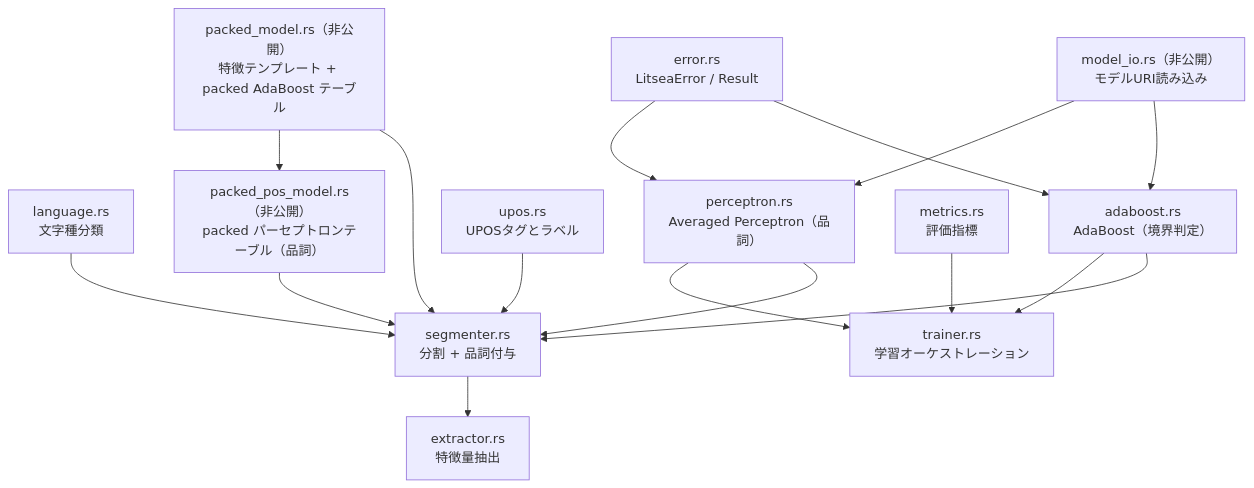
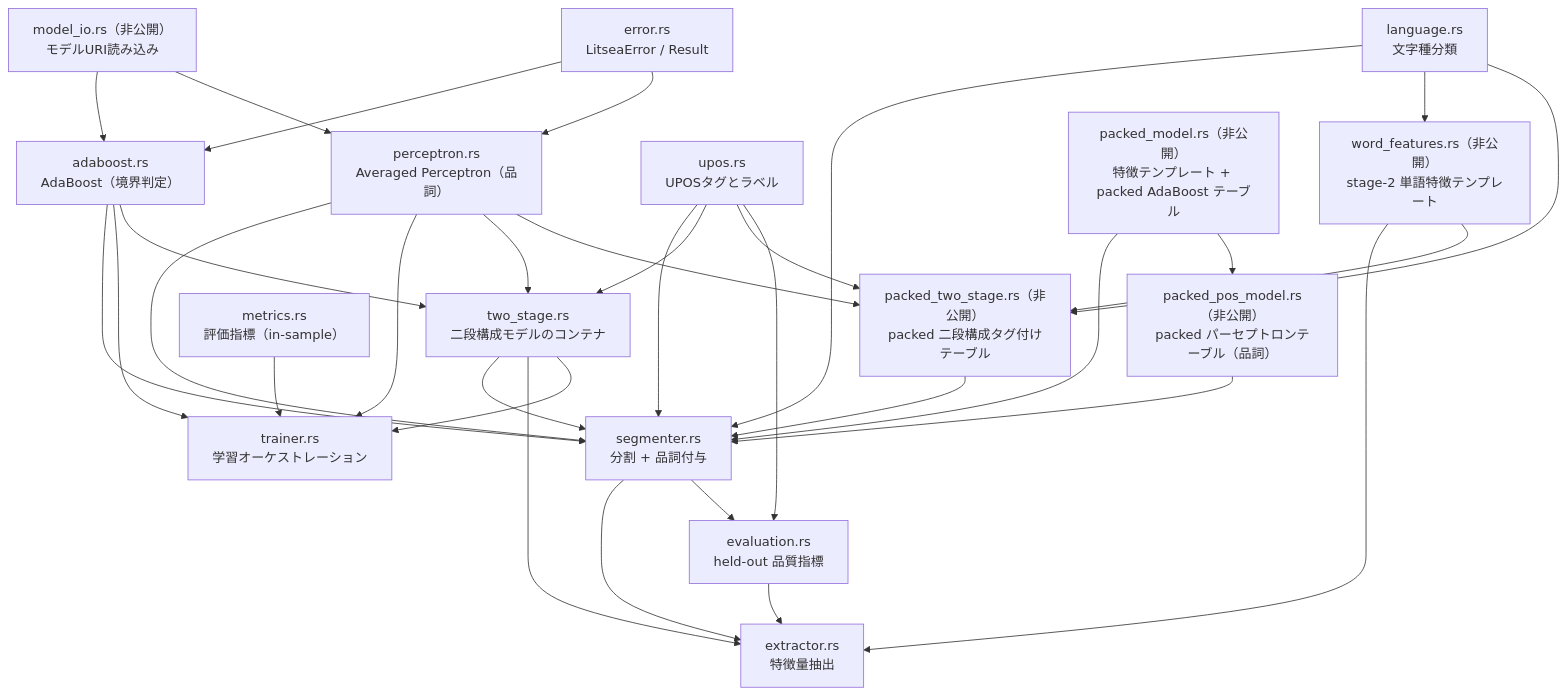
The diagram in docs/ja/src/architecture/module-design.md (mosuka/litsea), drawn with Mermaid before and after one commit. The commit also changed other lines of this file and 86 other files, not shown here.

````diff
--- a/docs/ja/src/architecture/module-design.md
+++ b/docs/ja/src/architecture/module-design.md
@@ -7,31 +7,51 @@
 ```mermaid
 graph TD
     language["language.rs<br/>文字種分類"]
     segmenter["segmenter.rs<br/>分割 + 品詞付与"]
     adaboost["adaboost.rs<br/>AdaBoost（境界判定）"]
     perceptron["perceptron.rs<br/>Averaged Perceptron（品詞）"]
     upos["upos.rs<br/>UPOSタグとラベル"]
     extractor["extractor.rs<br/>特徴量抽出"]
     trainer["trainer.rs<br/>学習オーケストレーション"]
+    two_stage["two_stage.rs<br/>二段構成モデルのコンテナ"]
+    word_features["word_features.rs（非公開）<br/>stage-2 単語特徴テンプレート"]
     packed_model["packed_model.rs（非公開）<br/>特徴テンプレート + packed AdaBoost テーブル"]
     packed_pos_model["packed_pos_model.rs（非公開）<br/>packed パーセプトロンテーブル（品詞）"]
+    packed_two_stage["packed_two_stage.rs（非公開）<br/>packed 二段構成タグ付けテーブル"]
     model_io["model_io.rs（非公開）<br/>モデルURI読み込み"]
     error["error.rs<br/>LitseaError / Result"]
-    metrics["metrics.rs<br/>評価指標"]
+    metrics["metrics.rs<br/>評価指標（in-sample）"]
+    evaluation["evaluation.rs<br/>held-out 品質指標"]
 
     language --> segmenter
     upos --> segmenter
     adaboost --> segmenter
     perceptron --> segmenter
     packed_model --> segmenter
     packed_pos_model --> segmenter
+    packed_two_stage --> segmenter
+    two_stage --> segmenter
     packed_model --> packed_pos_model
     segmenter --> extractor
+    two_stage --> extractor
+    word_features --> extractor
+    evaluation --> extractor
     adaboost --> trainer
     perceptron --> trainer
+    two_stage --> trainer
+    adaboost --> two_stage
+    perceptron --> two_stage
+    upos --> two_stage
+    language --> word_features
+    word_features --> packed_two_stage
+    language --> packed_two_stage
+    perceptron --> packed_two_stage
+    upos --> packed_two_stage
     model_io --> adaboost
     model_io --> perceptron
     error --> adaboost
     error --> perceptron
     metrics --> trainer
+    segmenter --> evaluation
+    upos --> evaluation
 ```
````
